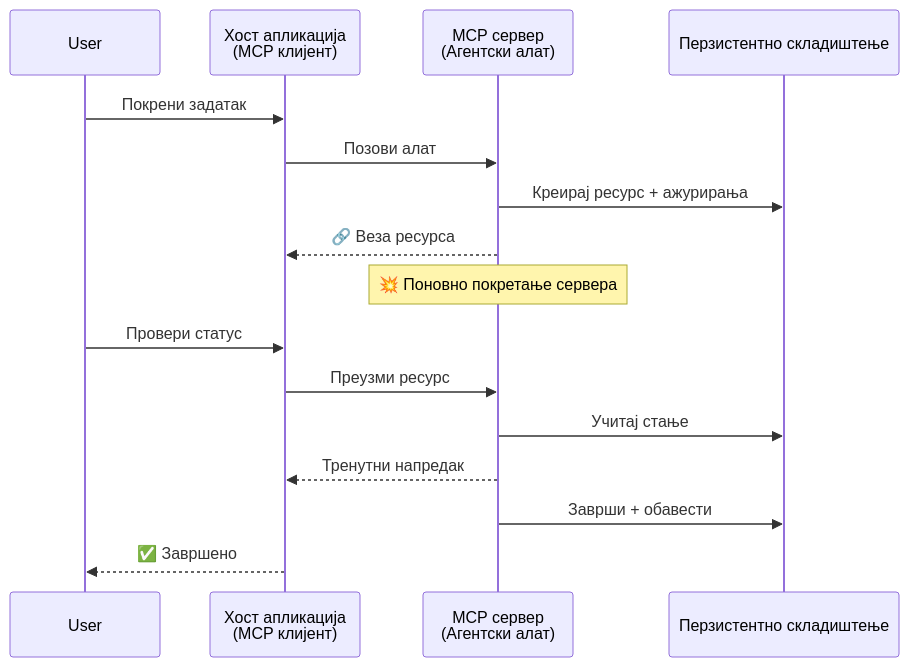
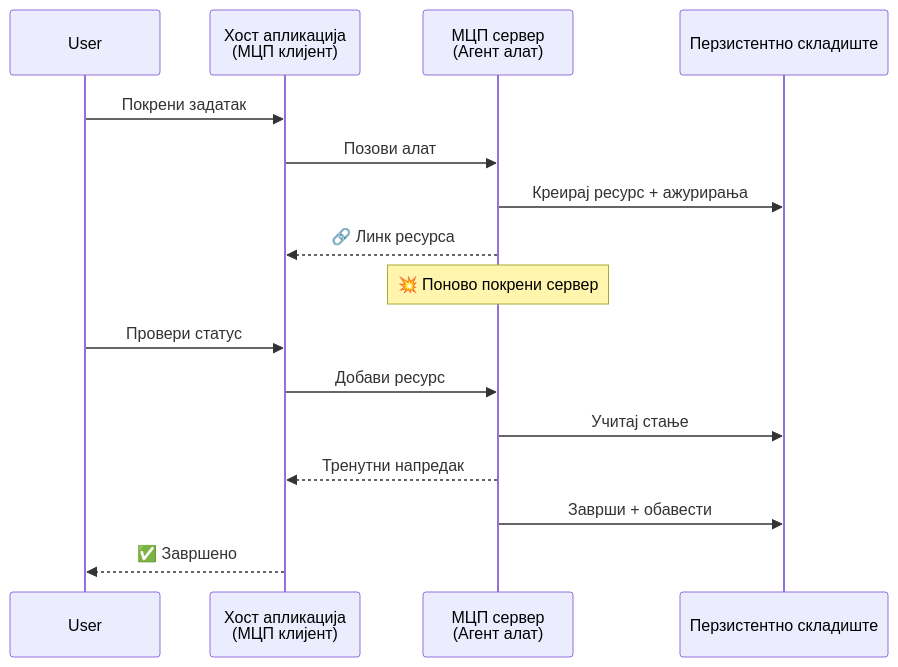
Before and after one commit to gabrielmoreira/agent-skills-mirror: the third of 5 diagrams in mirrors/repos/microsoft@ai-agents-for-beginners/translations/sr/11-agentic-protocols/code_samples/mcp-agents/README.md, drawn with Mermaid. The commit also changed other lines of this file and 4262 other files, not shown here.

````diff
--- a/mirrors/repos/microsoft@ai-agents-for-beginners/translations/sr/11-agentic-protocols/code_samples/mcp-agents/README.md
+++ b/mirrors/repos/microsoft@ai-agents-for-beginners/translations/sr/11-agentic-protocols/code_samples/mcp-agents/README.md
@@ -123,21 +123,21 @@
 ```mermaid
 sequenceDiagram
     participant User
-    participant Host as Хост апликација<br/>(MCP клијент)
-    participant Server as MCP сервер<br/>(Агентски алат)
-    participant DB as Перзистентно складиштење
+    participant Host as Хост апликација<br/>(МЦП клијент)
+    participant Server as МЦП сервер<br/>(Агент алат)
+    participant DB as Перзистентно складиште
 
     User->>Host: Покрени задатак
     Host->>Server: Позови алат
     Server->>DB: Креирај ресурс + ажурирања
-    Server-->>Host: 🔗 Веза ресурса
+    Server-->>Host: 🔗 Линк ресурса
 
-    Note over Server: 💥 Поновно покретање сервера
+    Note over Server: 💥 Поново покрени сервер
 
     User->>Host: Провери статус
-    Host->>Server: Преузми ресурс
+    Host->>Server: Добави ресурс
     Server->>DB: Учитај стање
     Server-->>Host: Тренутни напредак
     Server->>DB: Заврши + обавести
     Host-->>User: ✅ Завршено
 ```
````
